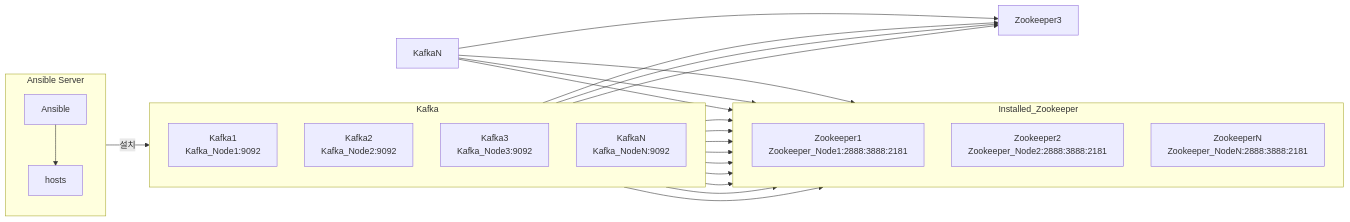
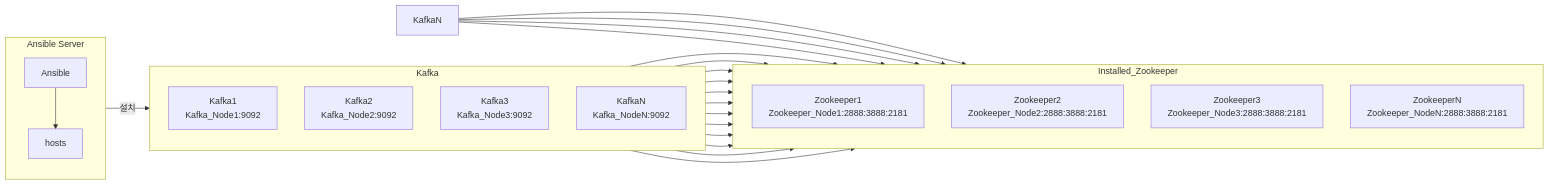
The diagram in rocky9/app/kafka/ansible_install/readme.md (QubitSecurity/howto), drawn with Mermaid before and after one commit.

````diff
--- a/rocky9/app/kafka/ansible_install/readme.md
+++ b/rocky9/app/kafka/ansible_install/readme.md
@@ -35,55 +35,56 @@
 ```mermaid
 graph LR;
 
     %% Define layout direction and spacing
     %% style Ansible_Server fill:#f9f,stroke:#333,stroke-width:2px,height:200px;
     %% style Zookeeper fill:#cfc,stroke:#333,stroke-width:2px;
 
 
     %% Ansible Server Section
     subgraph Ansible_Server[Ansible Server]
         direction TB
         Ansible1[Ansible]
         hosts[hosts]
         
         Ansible1 --> hosts
     end
 
     %% Zookeeper Section
     subgraph Zookeeper[Installed_Zookeeper]
         direction TB
         Zookeeper1[Zookeeper1<br>Zookeeper_Node1:2888:3888:2181]
         Zookeeper2[Zookeeper2<br>Zookeeper_Node2:2888:3888:2181]
+        Zookeeper3[Zookeeper3<br>Zookeeper_Node3:2888:3888:2181]
         Zookeeper4[ZookeeperN<br>Zookeeper_NodeN:2888:3888:2181]
         
     end
 
     %% Combined Kafka and Solr Section
         %% Kafka Subgraph
     subgraph Kafka[Kafka]
         direction TB
         Kafka1[Kafka1<br>Kafka_Node1:9092]
         Kafka2[Kafka2<br>Kafka_Node2:9092]
         Kafka3[Kafka3<br>Kafka_Node3:9092]
         Kafka4[KafkaN<br>Kafka_NodeN:9092]
     end
 
     hosts -->|설치| Kafka
 
     Kafka1 --> Zookeeper1
     Kafka1 --> Zookeeper2
     Kafka1 --> Zookeeper3
     Kafka1 --> Zookeeper4
     Kafka2 --> Zookeeper1
     Kafka2 --> Zookeeper2
     Kafka2 --> Zookeeper3
     Kafka2 --> Zookeeper4
     Kafka3 --> Zookeeper1
     Kafka3 --> Zookeeper2
     Kafka3 --> Zookeeper3
     Kafka3 --> Zookeeper4
     KafkaN --> Zookeeper1
     KafkaN --> Zookeeper2
     KafkaN --> Zookeeper3
     KafkaN --> Zookeeper4
 ```
````
